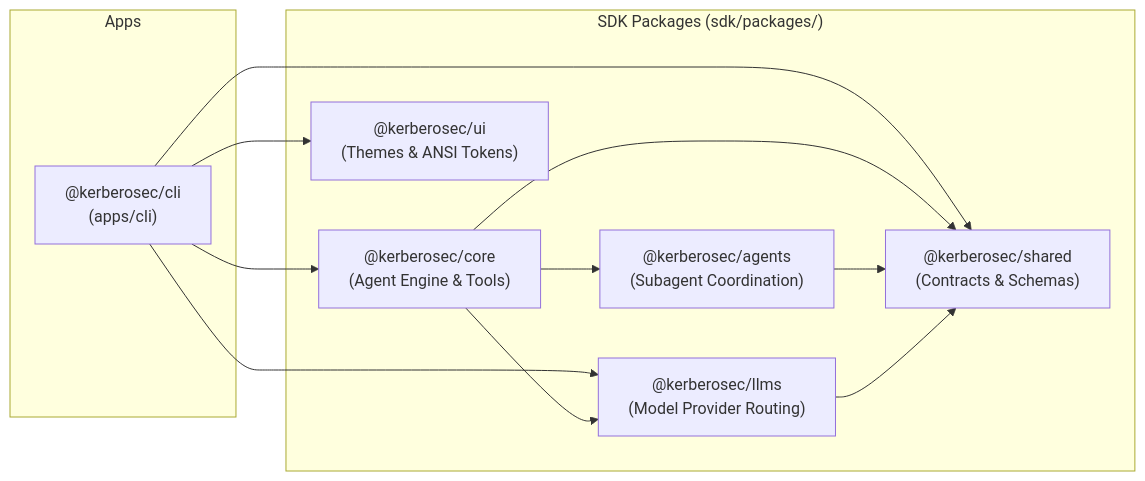
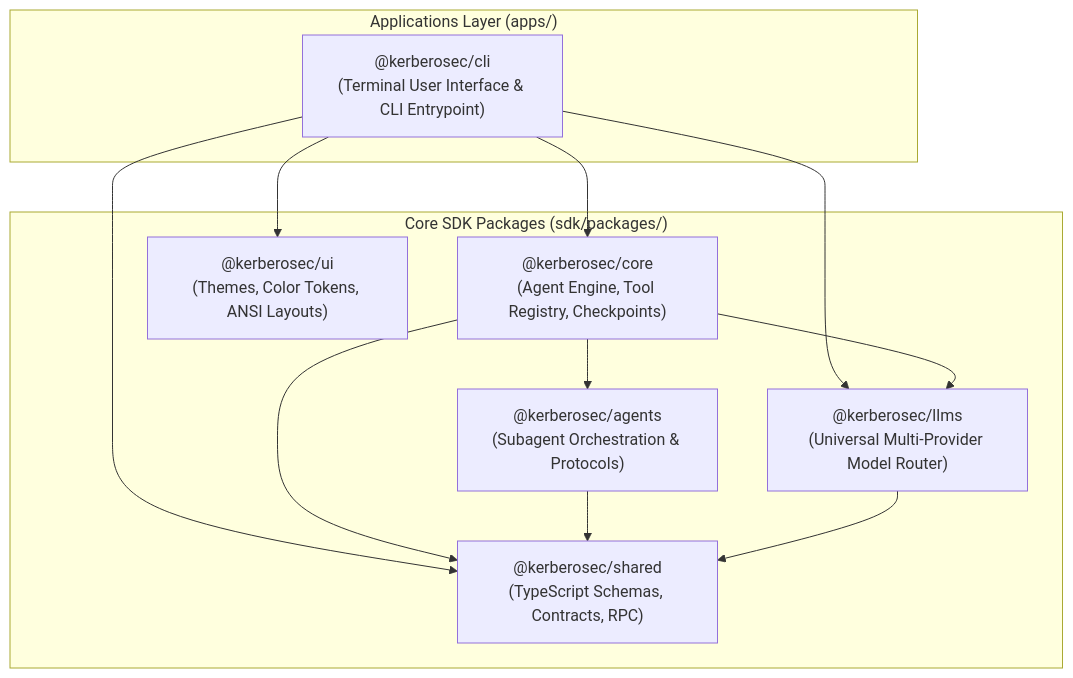
Before and after one commit to KerberoSec/KerberoSec-CLI: the first of 12 diagrams in README.md, drawn with Mermaid. The commit also changed other lines of this file, not shown here.

Commit message:
expand readme with comprehensive architecture diagrams and component breakdowns

````diff
--- a/README.md
+++ b/README.md
@@ -89,24 +98,24 @@
 ```mermaid
-graph LR
-    subgraph Applications ["Apps"]
-        CLI["@kerberosec/cli<br>(apps/cli)"]
+graph TD
+    subgraph AppsLayer ["Applications Layer (apps/)"]
+        CLI["@kerberosec/cli<br>(Terminal User Interface & CLI Entrypoint)"]
     end
 
-    subgraph SDKPackages ["SDK Packages (sdk/packages/)"]
-        Core["@kerberosec/core<br>(Agent Engine & Tools)"]
-        LLMs["@kerberosec/llms<br>(Model Provider Routing)"]
-        Agents["@kerberosec/agents<br>(Subagent Coordination)"]
-        Shared["@kerberosec/shared<br>(Contracts & Schemas)"]
-        UI["@kerberosec/ui<br>(Themes & ANSI Tokens)"]
+    subgraph CoreSDK ["Core SDK Packages (sdk/packages/)"]
+        Core["@kerberosec/core<br>(Agent Engine, Tool Registry, Checkpoints)"]
+        LLMs["@kerberosec/llms<br>(Universal Multi-Provider Model Router)"]
+        Agents["@kerberosec/agents<br>(Subagent Orchestration & Protocols)"]
+        Shared["@kerberosec/shared<br>(TypeScript Schemas, Contracts, RPC)"]
+        UI["@kerberosec/ui<br>(Themes, Color Tokens, ANSI Layouts)"]
     end
 
     CLI --> Core
     CLI --> LLMs
     CLI --> Shared
     CLI --> UI
     Core --> LLMs
     Core --> Agents
     Core --> Shared
     Agents --> Shared
     LLMs --> Shared
 ```
````
